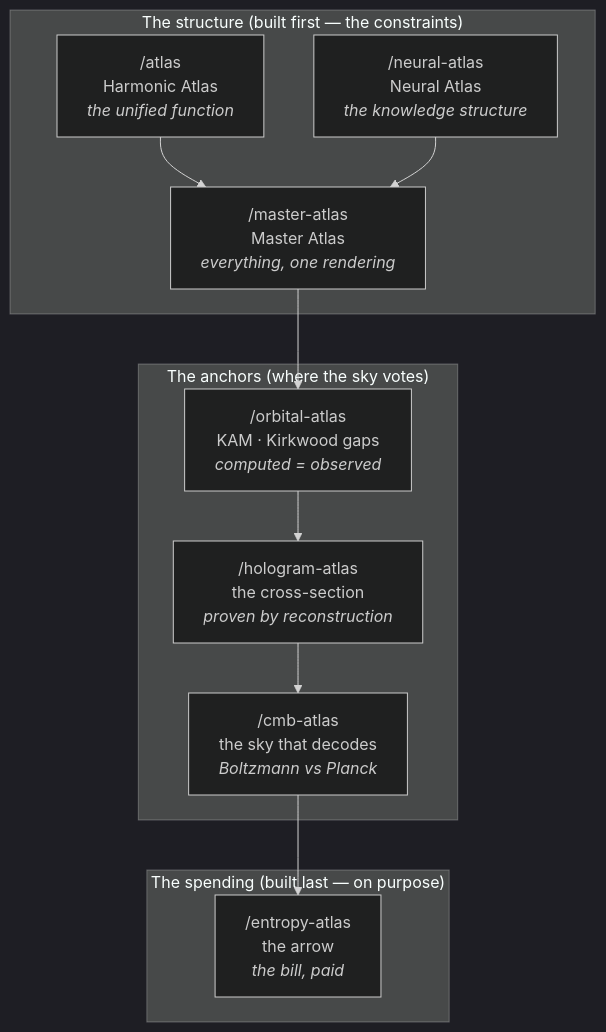
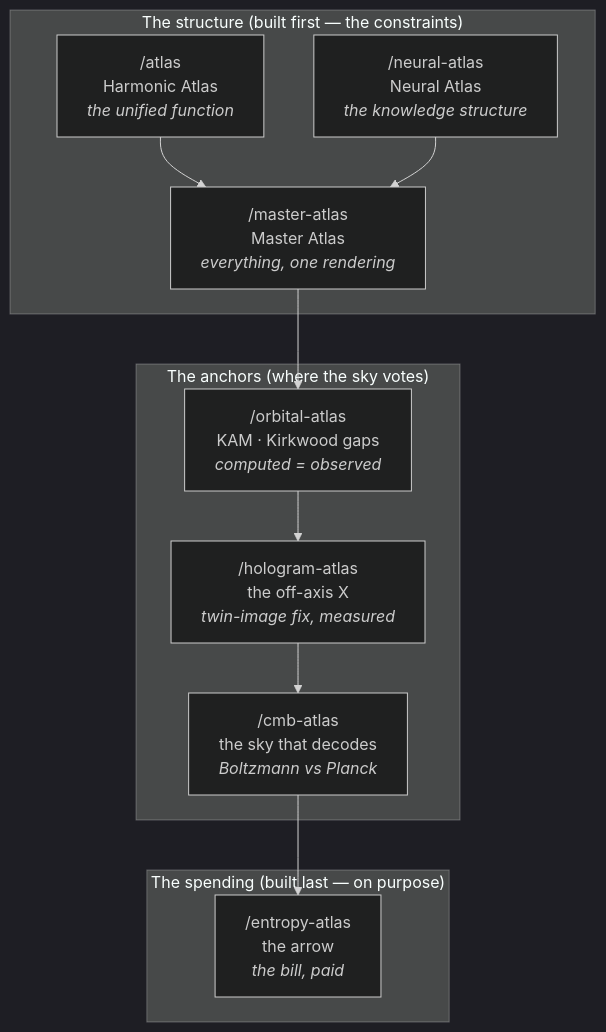
The diagram in docs/ATLAS.md (sbarteau2022/EthicalIntelligenceProject), drawn with Mermaid (dark theme) before and after one commit. The commit also changed other lines of this file and 3 other files, not shown here.

````diff
--- a/docs/ATLAS.md
+++ b/docs/ATLAS.md
@@ -19,19 +19,19 @@
 ```mermaid
 flowchart TD
     subgraph GEOMETRY["The structure (built first — the constraints)"]
         A["/atlas<br/>Harmonic Atlas<br/><i>the unified function</i>"]
         N["/neural-atlas<br/>Neural Atlas<br/><i>the knowledge structure</i>"]
         M["/master-atlas<br/>Master Atlas<br/><i>everything, one rendering</i>"]
         A --> M
         N --> M
     end
     subgraph ANCHORS["The anchors (where the sky votes)"]
         O["/orbital-atlas<br/>KAM · Kirkwood gaps<br/><i>computed = observed</i>"]
-        H["/hologram-atlas<br/>the cross-section<br/><i>proven by reconstruction</i>"]
+        H["/hologram-atlas<br/>the off-axis X<br/><i>twin-image fix, measured</i>"]
         C["/cmb-atlas<br/>the sky that decodes<br/><i>Boltzmann vs Planck</i>"]
     end
     subgraph ARROW["The spending (built last — on purpose)"]
         E["/entropy-atlas<br/>the arrow<br/><i>the bill, paid</i>"]
     end
     M --> O --> H --> C --> E
 ```
````
